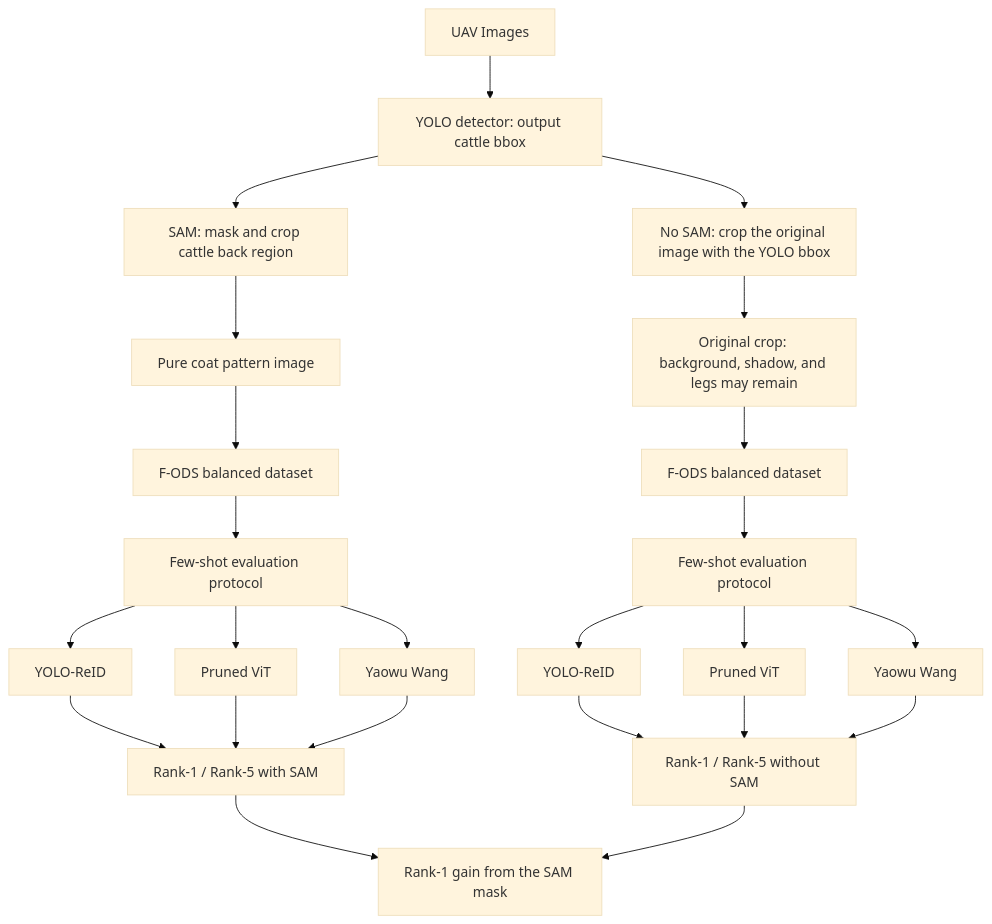
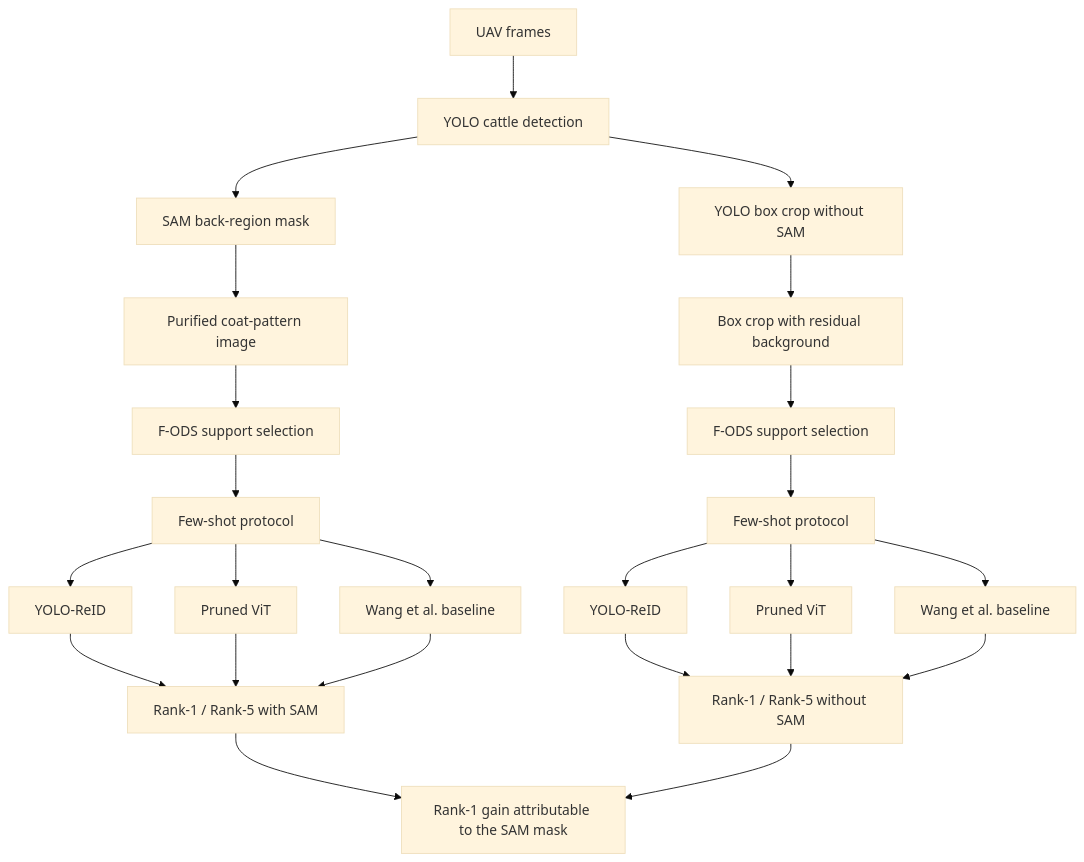
One commit to tianyi-star/2d_cattle changed the diagram in README.md. Above: the diagram before and after it, drawn with Mermaid (base theme). The commit also changed other lines of this file, not shown here.

````diff
--- a/README.md
+++ b/README.md
@@ -13,22 +16,22 @@
 ```mermaid
 flowchart TD
-    A[UAV Images] --> B["YOLO detector: output cattle bbox"]
-    B --> C["SAM: mask and crop cattle back region"]
-    B --> N["No SAM: crop the original image with the YOLO bbox"]
-    C --> D[Pure coat pattern image]
-    N --> P["Original crop: background, shadow, and legs may remain"]
-    D --> E[F-ODS balanced dataset]
-    P --> Q[F-ODS balanced dataset]
-    E --> F[Few-shot evaluation protocol]
-    Q --> R[Few-shot evaluation protocol]
+    A[UAV frames] --> B[YOLO cattle detection]
+    B --> C[SAM back-region mask]
+    B --> N[YOLO box crop without SAM]
+    C --> D[Purified coat-pattern image]
+    N --> P[Box crop with residual background]
+    D --> E[F-ODS support selection]
+    P --> Q[F-ODS support selection]
+    E --> F[Few-shot protocol]
+    Q --> R[Few-shot protocol]
     F --> G[YOLO-ReID]
     F --> H[Pruned ViT]
-    F --> I[Yaowu Wang]
+    F --> I[Wang et al. baseline]
     R --> G2[YOLO-ReID]
     R --> H2[Pruned ViT]
-    R --> I2[Yaowu Wang]
-    G & H & I --> J["Rank-1 / Rank-5 with SAM"]
-    G2 & H2 & I2 --> K["Rank-1 / Rank-5 without SAM"]
-    J --> L["Rank-1 gain from the SAM mask"]
+    R --> I2[Wang et al. baseline]
+    G & H & I --> J[Rank-1 / Rank-5 with SAM]
+    G2 & H2 & I2 --> K[Rank-1 / Rank-5 without SAM]
+    J --> L[Rank-1 gain attributable to the SAM mask]
     K --> L
 ```
````
